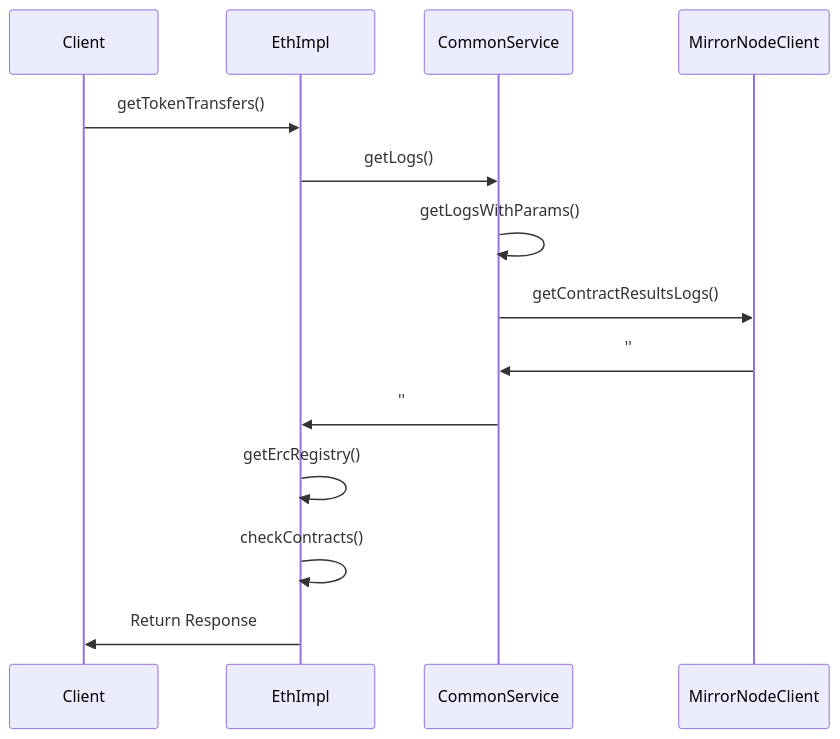
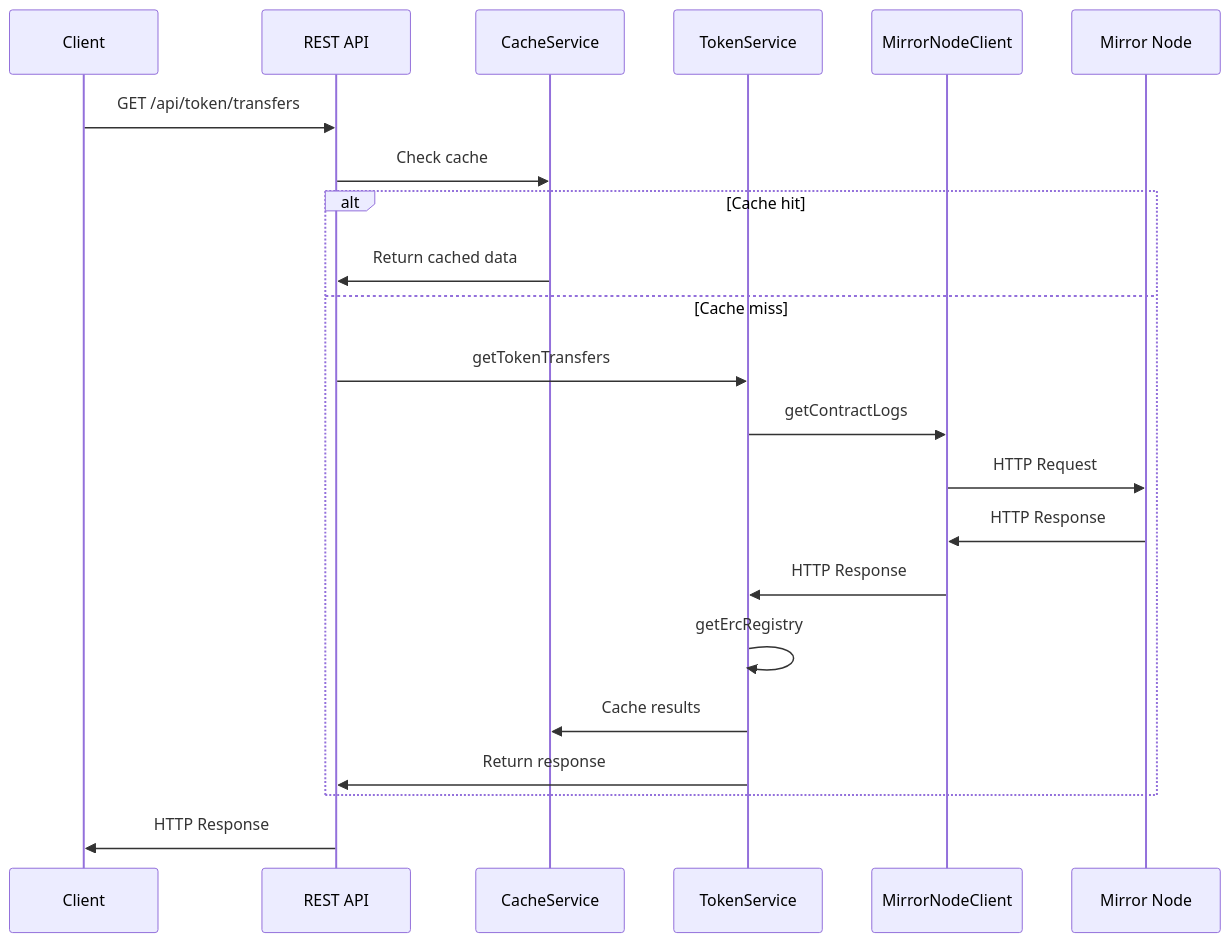
Before and after one commit to hashgraph/hedera-json-rpc-relay: the diagram in docs/design/additional-endpoints.md, drawn with Mermaid. The commit also changed other lines of this file, not shown here.

````diff
--- a/docs/design/additional-endpoints.md
+++ b/docs/design/additional-endpoints.md
@@ -54,12 +119,18 @@
 ```mermaid
 sequenceDiagram
-    Client->>EthImpl: getTokenTransfers()
-    EthImpl->>CommonService: getLogs()
-    CommonService->>CommonService: getLogsWithParams()
-    CommonService->>MirrorNodeClient: getContractResultsLogs()
-    MirrorNodeClient->>CommonService: ''
-    CommonService->>EthImpl: ''
-    EthImpl->>EthImpl: getErcRegistry()
-    EthImpl->>EthImpl: checkContracts()
-    EthImpl->>Client: Return Response
+    Client->>REST API: GET /api/token/transfers
+    REST API->>CacheService: Check cache
+    alt Cache hit
+        CacheService->>REST API: Return cached data
+    else Cache miss
+        REST API->>TokenService: getTokenTransfers
+        TokenService->>MirrorNodeClient: getContractLogs
+        MirrorNodeClient->>Mirror Node: HTTP Request
+        Mirror Node->>MirrorNodeClient: HTTP Response
+        MirrorNodeClient->>TokenService: HTTP Response
+        TokenService->>TokenService: getErcRegistry
+        TokenService->>CacheService: Cache results
+        TokenService->>REST API: Return response
+    end
+    REST API->>Client: HTTP Response
 ```
````
